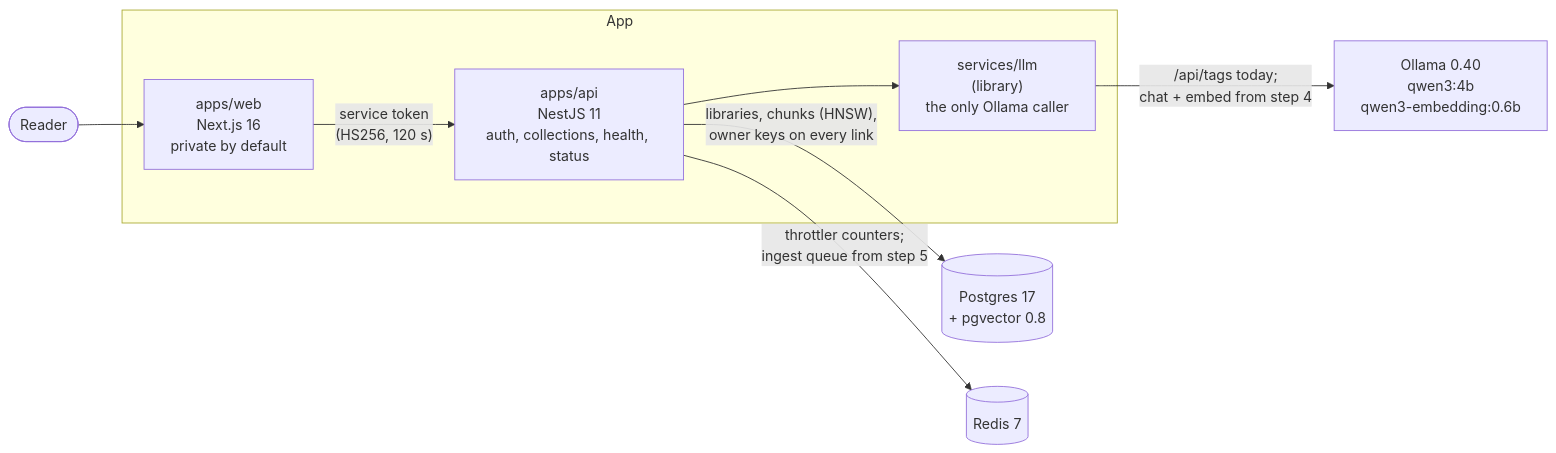
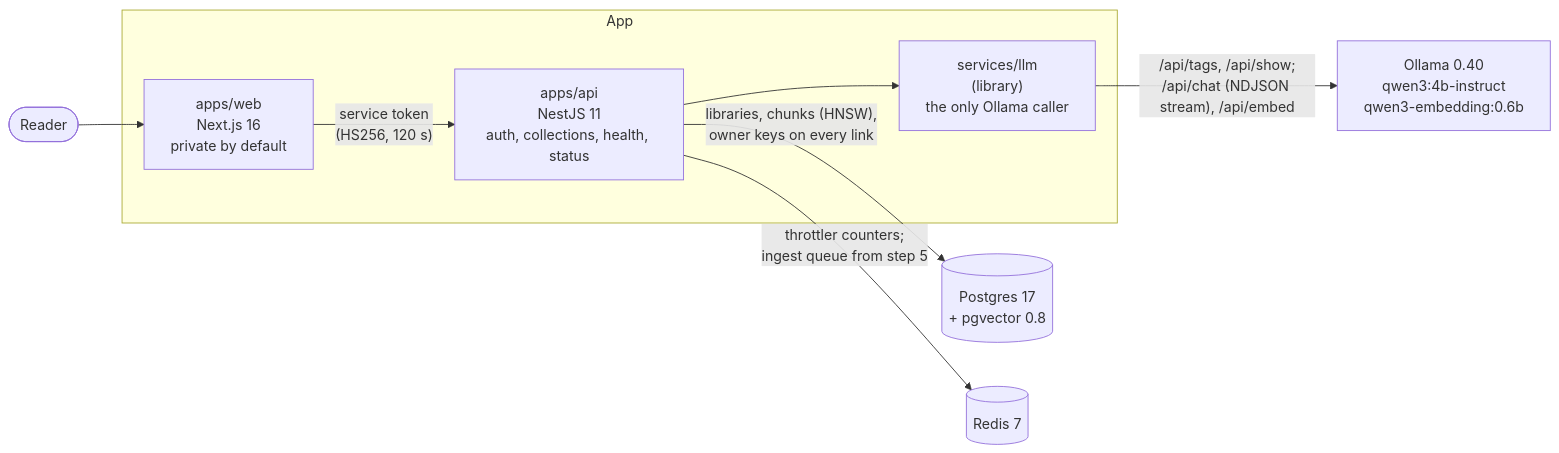
Before and after one commit to bastian-red/rag-assistant: the diagram in README.md, drawn with Mermaid. The commit also changed other lines of this file and 41 other files, not shown here.

````diff
--- a/README.md
+++ b/README.md
@@ -25,13 +26,13 @@
 ```mermaid
 flowchart LR
   user([Reader]) --> web
 
   subgraph app ["App"]
     web["apps/web<br/>Next.js 16<br/>private by default"] -->|"service token<br/>(HS256, 120 s)"| api["apps/api<br/>NestJS 11<br/>auth, collections, health, status"]
     api --> llm["services/llm<br/>(library)<br/>the only Ollama caller"]
   end
 
   api -->|"libraries, chunks (HNSW),<br/>owner keys on every link"| pg[("Postgres 17<br/>+ pgvector 0.8")]
   api -->|"throttler counters;<br/>ingest queue from step 5"| redis[(Redis 7)]
-  llm -->|"/api/tags today;<br/>chat + embed from step 4"| ollama["Ollama 0.40<br/>qwen3:4b<br/>qwen3-embedding:0.6b"]
+  llm -->|"/api/tags, /api/show;<br/>/api/chat (NDJSON stream), /api/embed"| ollama["Ollama 0.40<br/>qwen3:4b-instruct<br/>qwen3-embedding:0.6b"]
 ```
````
